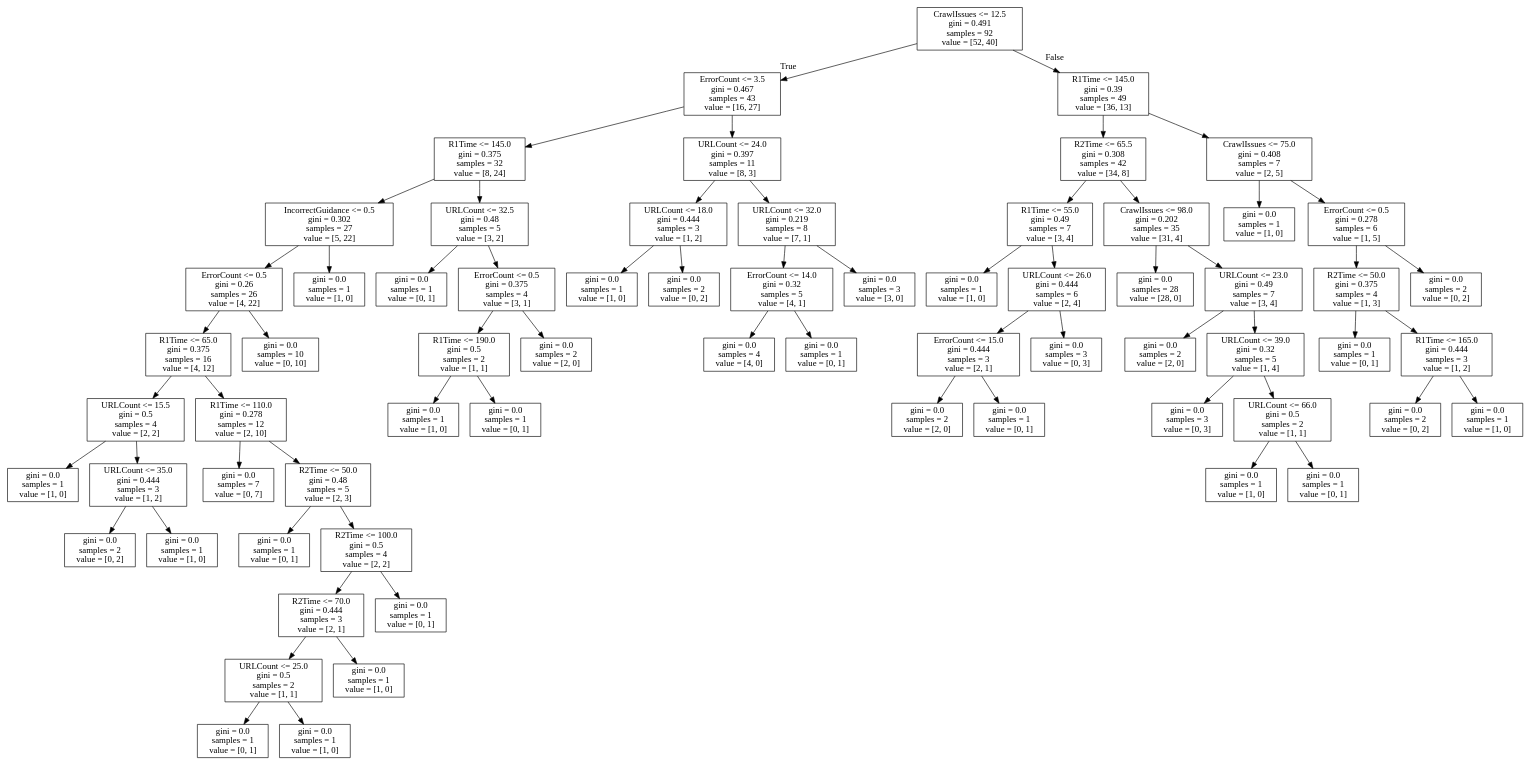
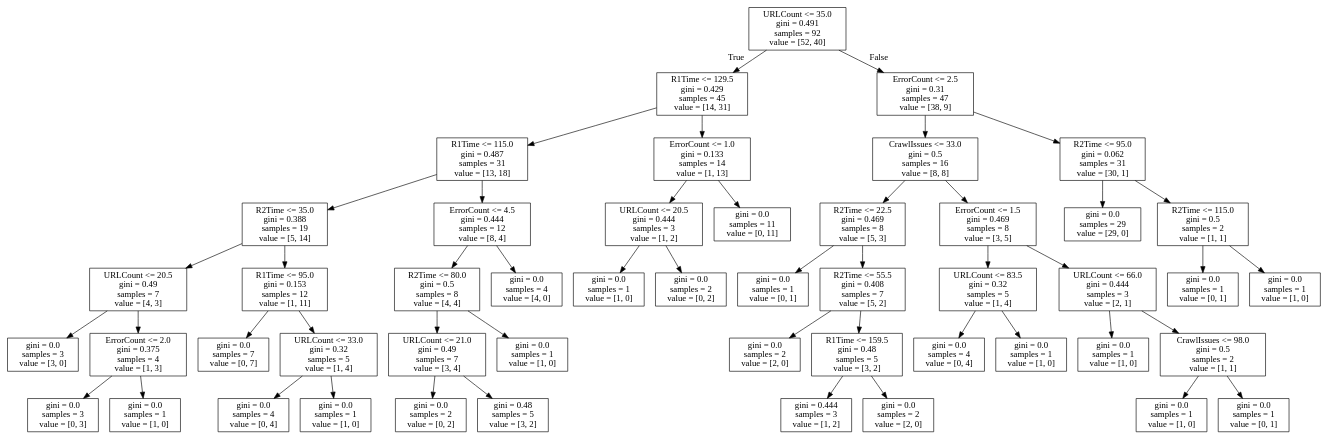
The diagram in tree.dot (Yumil22/Curso_Python), drawn with Graphviz before and after one commit. The commit also changed 10 other files, not shown here.

```diff
--- a/tree.dot
+++ b/tree.dot
@@ -1,136 +1,100 @@
 digraph Tree {
 node [shape=box] ;
-0 [label="CrawlIssues <= 12.5\ngini = 0.491\nsamples = 92\nvalue = [52, 40]"] ;
-1 [label="ErrorCount <= 3.5\ngini = 0.467\nsamples = 43\nvalue = [16, 27]"] ;
+0 [label="URLCount <= 35.0\ngini = 0.491\nsamples = 92\nvalue = [52, 40]"] ;
+1 [label="R1Time <= 129.5\ngini = 0.429\nsamples = 45\nvalue = [14, 31]"] ;
 0 -> 1 [labeldistance=2.5, labelangle=45, headlabel="True"] ;
-2 [label="R1Time <= 145.0\ngini = 0.375\nsamples = 32\nvalue = [8, 24]"] ;
+2 [label="R1Time <= 115.0\ngini = 0.487\nsamples = 31\nvalue = [13, 18]"] ;
 1 -> 2 ;
-3 [label="IncorrectGuidance <= 0.5\ngini = 0.302\nsamples = 27\nvalue = [5, 22]"] ;
+3 [label="R2Time <= 35.0\ngini = 0.388\nsamples = 19\nvalue = [5, 14]"] ;
 2 -> 3 ;
-4 [label="ErrorCount <= 0.5\ngini = 0.26\nsamples = 26\nvalue = [4, 22]"] ;
+4 [label="URLCount <= 20.5\ngini = 0.49\nsamples = 7\nvalue = [4, 3]"] ;
 3 -> 4 ;
-5 [label="R1Time <= 65.0\ngini = 0.375\nsamples = 16\nvalue = [4, 12]"] ;
+5 [label="gini = 0.0\nsamples = 3\nvalue = [3, 0]"] ;
 4 -> 5 ;
-6 [label="URLCount <= 15.5\ngini = 0.5\nsamples = 4\nvalue = [2, 2]"] ;
-5 -> 6 ;
-7 [label="gini = 0.0\nsamples = 1\nvalue = [1, 0]"] ;
+6 [label="ErrorCount <= 2.0\ngini = 0.375\nsamples = 4\nvalue = [1, 3]"] ;
+4 -> 6 ;
+7 [label="gini = 0.0\nsamples = 3\nvalue = [0, 3]"] ;
 6 -> 7 ;
-8 [label="URLCount <= 35.0\ngini = 0.444\nsamples = 3\nvalue = [1, 2]"] ;
+8 [label="gini = 0.0\nsamples = 1\nvalue = [1, 0]"] ;
 6 -> 8 ;
-9 [label="gini = 0.0\nsamples = 2\nvalue = [0, 2]"] ;
-8 -> 9 ;
-10 [label="gini = 0.0\nsamples = 1\nvalue = [1, 0]"] ;
-8 -> 10 ;
-11 [label="R1Time <= 110.0\ngini = 0.278\nsamples = 12\nvalue = [2, 10]"] ;
-5 -> 11 ;
-12 [label="gini = 0.0\nsamples = 7\nvalue = [0, 7]"] ;
+9 [label="R1Time <= 95.0\ngini = 0.153\nsamples = 12\nvalue = [1, 11]"] ;
+3 -> 9 ;
+10 [label="gini = 0.0\nsamples = 7\nvalue = [0, 7]"] ;
+9 -> 10 ;
+11 [label="URLCount <= 33.0\ngini = 0.32\nsamples = 5\nvalue = [1, 4]"] ;
+9 -> 11 ;
+12 [label="gini = 0.0\nsamples = 4\nvalue = [0, 4]"] ;
 11 -> 12 ;
-13 [label="R2Time <= 50.0\ngini = 0.48\nsamples = 5\nvalue = [2, 3]"] ;
+13 [label="gini = 0.0\nsamples = 1\nvalue = [1, 0]"] ;
 11 -> 13 ;
-14 [label="gini = 0.0\nsamples = 1\nvalue = [0, 1]"] ;
-13 -> 14 ;
-15 [label="R2Time <= 100.0\ngini = 0.5\nsamples = 4\nvalue = [2, 2]"] ;
-13 -> 15 ;
-16 [label="R2Time <= 70.0\ngini = 0.444\nsamples = 3\nvalue = [2, 1]"] ;
+14 [label="ErrorCount <= 4.5\ngini = 0.444\nsamples = 12\nvalue = [8, 4]"] ;
+2 -> 14 ;
+15 [label="R2Time <= 80.0\ngini = 0.5\nsamples = 8\nvalue = [4, 4]"] ;
+14 -> 15 ;
+16 [label="URLCount <= 21.0\ngini = 0.49\nsamples = 7\nvalue = [3, 4]"] ;
 15 -> 16 ;
-17 [label="URLCount <= 25.0\ngini = 0.5\nsamples = 2\nvalue = [1, 1]"] ;
+17 [label="gini = 0.0\nsamples = 2\nvalue = [0, 2]"] ;
 16 -> 17 ;
-18 [label="gini = 0.0\nsamples = 1\nvalue = [0, 1]"] ;
-17 -> 18 ;
+18 [label="gini = 0.48\nsamples = 5\nvalue = [3, 2]"] ;
+16 -> 18 ;
 19 [label="gini = 0.0\nsamples = 1\nvalue = [1, 0]"] ;
-17 -> 19 ;
-20 [label="gini = 0.0\nsamples = 1\nvalue = [1, 0]"] ;
-16 -> 20 ;
-21 [label="gini = 0.0\nsamples = 1\nvalue = [0, 1]"] ;
-15 -> 21 ;
-22 [label="gini = 0.0\nsamples = 10\nvalue = [0, 10]"] ;
-4 -> 22 ;
+15 -> 19 ;
+20 [label="gini = 0.0\nsamples = 4\nvalue = [4, 0]"] ;
+14 -> 20 ;
+21 [label="ErrorCount <= 1.0\ngini = 0.133\nsamples = 14\nvalue = [1, 13]"] ;
+1 -> 21 ;
+22 [label="URLCount <= 20.5\ngini = 0.444\nsamples = 3\nvalue = [1, 2]"] ;
+21 -> 22 ;
 23 [label="gini = 0.0\nsamples = 1\nvalue = [1, 0]"] ;
-3 -> 23 ;
-24 [label="URLCount <= 32.5\ngini = 0.48\nsamples = 5\nvalue = [3, 2]"] ;
-2 -> 24 ;
-25 [label="gini = 0.0\nsamples = 1\nvalue = [0, 1]"] ;
-24 -> 25 ;
-26 [label="ErrorCount <= 0.5\ngini = 0.375\nsamples = 4\nvalue = [3, 1]"] ;
-24 -> 26 ;
-27 [label="R1Time <= 190.0\ngini = 0.5\nsamples = 2\nvalue = [1, 1]"] ;
+22 -> 23 ;
+24 [label="gini = 0.0\nsamples = 2\nvalue = [0, 2]"] ;
+22 -> 24 ;
+25 [label="gini = 0.0\nsamples = 11\nvalue = [0, 11]"] ;
+21 -> 25 ;
+26 [label="ErrorCount <= 2.5\ngini = 0.31\nsamples = 47\nvalue = [38, 9]"] ;
+0 -> 26 [labeldistance=2.5, labelangle=-45, headlabel="False"] ;
+27 [label="CrawlIssues <= 33.0\ngini = 0.5\nsamples = 16\nvalue = [8, 8]"] ;
 26 -> 27 ;
-28 [label="gini = 0.0\nsamples = 1\nvalue = [1, 0]"] ;
+28 [label="R2Time <= 22.5\ngini = 0.469\nsamples = 8\nvalue = [5, 3]"] ;
 27 -> 28 ;
 29 [label="gini = 0.0\nsamples = 1\nvalue = [0, 1]"] ;
-27 -> 29 ;
-30 [label="gini = 0.0\nsamples = 2\nvalue = [2, 0]"] ;
-26 -> 30 ;
-31 [label="URLCount <= 24.0\ngini = 0.397\nsamples = 11\nvalue = [8, 3]"] ;
-1 -> 31 ;
-32 [label="URLCount <= 18.0\ngini = 0.444\nsamples = 3\nvalue = [1, 2]"] ;
-31 -> 32 ;
-33 [label="gini = 0.0\nsamples = 1\nvalue = [1, 0]"] ;
+28 -> 29 ;
+30 [label="R2Time <= 55.5\ngini = 0.408\nsamples = 7\nvalue = [5, 2]"] ;
+28 -> 30 ;
+31 [label="gini = 0.0\nsamples = 2\nvalue = [2, 0]"] ;
+30 -> 31 ;
+32 [label="R1Time <= 159.5\ngini = 0.48\nsamples = 5\nvalue = [3, 2]"] ;
+30 -> 32 ;
+33 [label="gini = 0.444\nsamples = 3\nvalue = [1, 2]"] ;
 32 -> 33 ;
-34 [label="gini = 0.0\nsamples = 2\nvalue = [0, 2]"] ;
+34 [label="gini = 0.0\nsamples = 2\nvalue = [2, 0]"] ;
 32 -> 34 ;
-35 [label="URLCount <= 32.0\ngini = 0.219\nsamples = 8\nvalue = [7, 1]"] ;
-31 -> 35 ;
-36 [label="ErrorCount <= 14.0\ngini = 0.32\nsamples = 5\nvalue = [4, 1]"] ;
+35 [label="ErrorCount <= 1.5\ngini = 0.469\nsamples = 8\nvalue = [3, 5]"] ;
+27 -> 35 ;
+36 [label="URLCount <= 83.5\ngini = 0.32\nsamples = 5\nvalue = [1, 4]"] ;
 35 -> 36 ;
-37 [label="gini = 0.0\nsamples = 4\nvalue = [4, 0]"] ;
+37 [label="gini = 0.0\nsamples = 4\nvalue = [0, 4]"] ;
 36 -> 37 ;
-38 [label="gini = 0.0\nsamples = 1\nvalue = [0, 1]"] ;
+38 [label="gini = 0.0\nsamples = 1\nvalue = [1, 0]"] ;
 36 -> 38 ;
-39 [label="gini = 0.0\nsamples = 3\nvalue = [3, 0]"] ;
+39 [label="URLCount <= 66.0\ngini = 0.444\nsamples = 3\nvalue = [2, 1]"] ;
 35 -> 39 ;
-40 [label="R1Time <= 145.0\ngini = 0.39\nsamples = 49\nvalue = [36, 13]"] ;
-0 -> 40 [labeldistance=2.5, labelangle=-45, headlabel="False"] ;
-41 [label="R2Time <= 65.5\ngini = 0.308\nsamples = 42\nvalue = [34, 8]"] ;
-40 -> 41 ;
-42 [label="R1Time <= 55.0\ngini = 0.49\nsamples = 7\nvalue = [3, 4]"] ;
+40 [label="gini = 0.0\nsamples = 1\nvalue = [1, 0]"] ;
+39 -> 40 ;
+41 [label="CrawlIssues <= 98.0\ngini = 0.5\nsamples = 2\nvalue = [1, 1]"] ;
+39 -> 41 ;
+42 [label="gini = 0.0\nsamples = 1\nvalue = [1, 0]"] ;
 41 -> 42 ;
-43 [label="gini = 0.0\nsamples = 1\nvalue = [1, 0]"] ;
-42 -> 43 ;
-44 [label="URLCount <= 26.0\ngini = 0.444\nsamples = 6\nvalue = [2, 4]"] ;
-42 -> 44 ;
-45 [label="ErrorCount <= 15.0\ngini = 0.444\nsamples = 3\nvalue = [2, 1]"] ;
+43 [label="gini = 0.0\nsamples = 1\nvalue = [0, 1]"] ;
+41 -> 43 ;
+44 [label="R2Time <= 95.0\ngini = 0.062\nsamples = 31\nvalue = [30, 1]"] ;
+26 -> 44 ;
+45 [label="gini = 0.0\nsamples = 29\nvalue = [29, 0]"] ;
 44 -> 45 ;
-46 [label="gini = 0.0\nsamples = 2\nvalue = [2, 0]"] ;
-45 -> 46 ;
+46 [label="R2Time <= 115.0\ngini = 0.5\nsamples = 2\nvalue = [1, 1]"] ;
+44 -> 46 ;
 47 [label="gini = 0.0\nsamples = 1\nvalue = [0, 1]"] ;
-45 -> 47 ;
-48 [label="gini = 0.0\nsamples = 3\nvalue = [0, 3]"] ;
-44 -> 48 ;
-49 [label="CrawlIssues <= 98.0\ngini = 0.202\nsamples = 35\nvalue = [31, 4]"] ;
-41 -> 49 ;
-50 [label="gini = 0.0\nsamples = 28\nvalue = [28, 0]"] ;
-49 -> 50 ;
-51 [label="URLCount <= 23.0\ngini = 0.49\nsamples = 7\nvalue = [3, 4]"] ;
-49 -> 51 ;
-52 [label="gini = 0.0\nsamples = 2\nvalue = [2, 0]"] ;
-51 -> 52 ;
-53 [label="URLCount <= 39.0\ngini = 0.32\nsamples = 5\nvalue = [1, 4]"] ;
-51 -> 53 ;
-54 [label="gini = 0.0\nsamples = 3\nvalue = [0, 3]"] ;
-53 -> 54 ;
-55 [label="URLCount <= 66.0\ngini = 0.5\nsamples = 2\nvalue = [1, 1]"] ;
-53 -> 55 ;
-56 [label="gini = 0.0\nsamples = 1\nvalue = [1, 0]"] ;
-55 -> 56 ;
-57 [label="gini = 0.0\nsamples = 1\nvalue = [0, 1]"] ;
-55 -> 57 ;
-58 [label="CrawlIssues <= 75.0\ngini = 0.408\nsamples = 7\nvalue = [2, 5]"] ;
-40 -> 58 ;
-59 [label="gini = 0.0\nsamples = 1\nvalue = [1, 0]"] ;
-58 -> 59 ;
-60 [label="ErrorCount <= 0.5\ngini = 0.278\nsamples = 6\nvalue = [1, 5]"] ;
-58 -> 60 ;
-61 [label="R2Time <= 50.0\ngini = 0.375\nsamples = 4\nvalue = [1, 3]"] ;
-60 -> 61 ;
-62 [label="gini = 0.0\nsamples = 1\nvalue = [0, 1]"] ;
-61 -> 62 ;
-63 [label="R1Time <= 165.0\ngini = 0.444\nsamples = 3\nvalue = [1, 2]"] ;
-61 -> 63 ;
-64 [label="gini = 0.0\nsamples = 2\nvalue = [0, 2]"] ;
-63 -> 64 ;
-65 [label="gini = 0.0\nsamples = 1\nvalue = [1, 0]"] ;
-63 -> 65 ;
-66 [label="gini = 0.0\nsamples = 2\nvalue = [0, 2]"] ;
-60 -> 66 ;
+46 -> 47 ;
+48 [label="gini = 0.0\nsamples = 1\nvalue = [1, 0]"] ;
+46 -> 48 ;
 }
```
